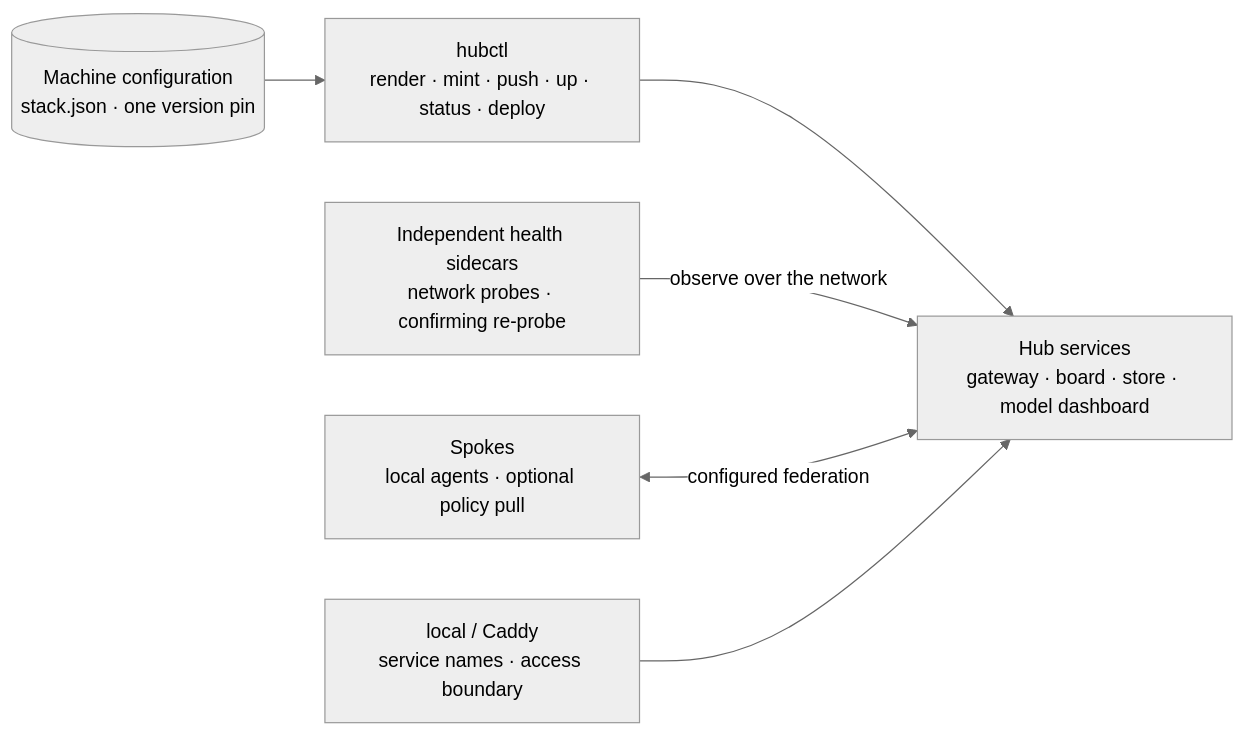
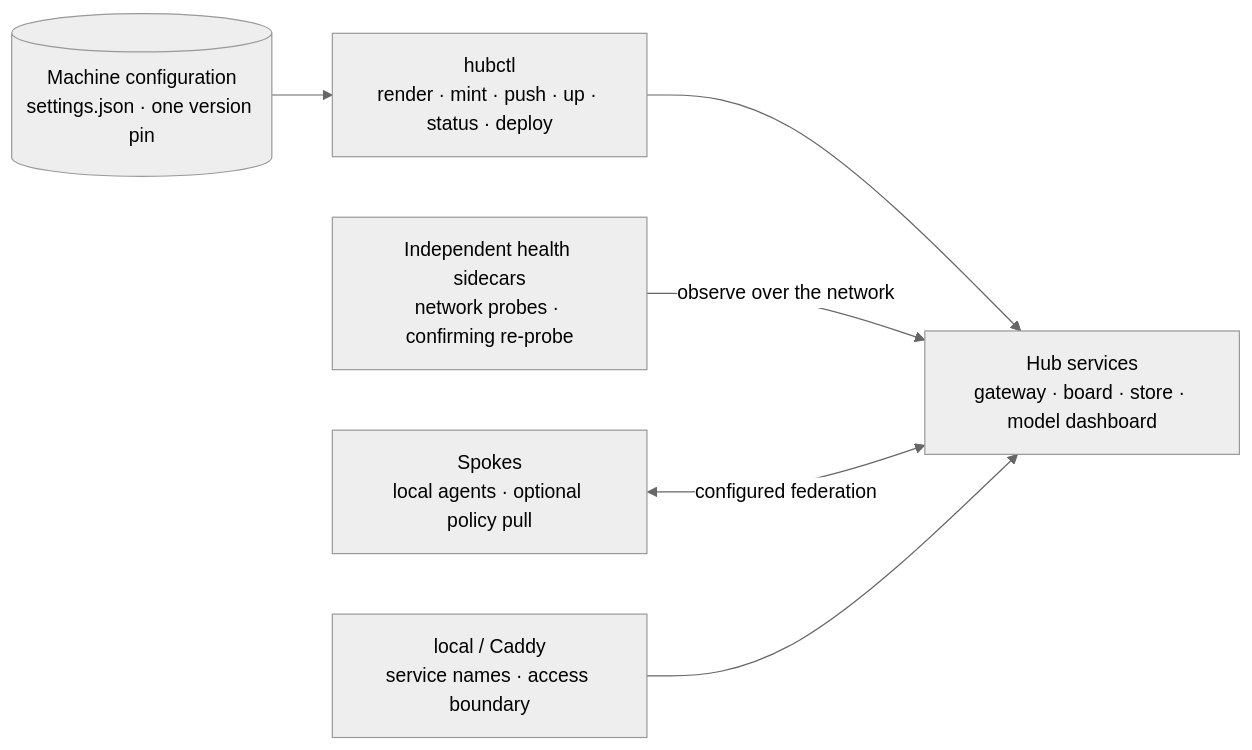
The second of 2 diagrams in README.md (klh/fleet), drawn with Mermaid (neutral theme) before and after one commit. The commit also changed other lines of this file and 14 other files, not shown here.

````diff
--- a/README.md
+++ b/README.md
@@ -223,14 +222,14 @@
 ```mermaid
 flowchart LR
-  CFG[("Machine configuration<br/>stack.json · one version pin")]
+  CFG[("Machine configuration<br/>settings.json · one version pin")]
   CTL["hubctl<br/>render · mint · push · up · status · deploy"]
   HUB["Hub services<br/>gateway · board · store · model dashboard"]
   PROBE["Independent health sidecars<br/>network probes · confirming re-probe"]
   SPOKE["Spokes<br/>local agents · optional policy pull"]
   FRONT["local / Caddy<br/>service names · access boundary"]
 
   CFG --> CTL --> HUB
   PROBE -->|"observe over the network"| HUB
   SPOKE <-->|"configured federation"| HUB
   FRONT --> HUB
 ```
````
